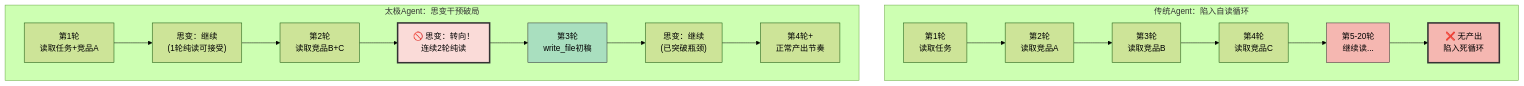
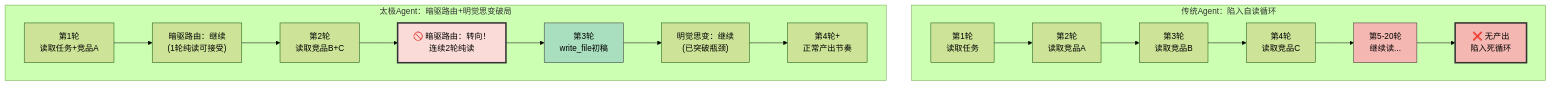
One commit to wenge6090-cell/Taiji changed the third of 3 diagrams in docs/实战篇-17-从卡住到破局.md. Above: the diagram before and after it, drawn with Mermaid (forest theme). The commit also changed other lines of this file and 163 other files, not shown here.

````diff
--- a/docs/实战篇-17-从卡住到破局.md
+++ b/docs/实战篇-17-从卡住到破局.md
@@ -233,24 +230,24 @@
 ```mermaid
 graph TB
     subgraph "传统Agent：陷入自读循环"
         T1["第1轮<br/>读取任务"] --> T2["第2轮<br/>读取竞品A"]
         T2 --> T3["第3轮<br/>读取竞品B"]
         T3 --> T4["第4轮<br/>读取竞品C"]
         T4 --> T5["第5-20轮<br/>继续读..."]
         T5 --> T6["❌ 无产出<br/>陷入死循环"]
     end
     
-    subgraph "太极Agent：思变干预破局"
-        S1["第1轮<br/>读取任务+竞品A"] --> S2["思变：继续<br/>(1轮纯读可接受)"]
+    subgraph "太极Agent：暗驱路由+明觉思变破局"
+        S1["第1轮<br/>读取任务+竞品A"] --> S2["暗驱路由：继续<br/>(1轮纯读可接受)"]
         S2 --> S3["第2轮<br/>读取竞品B+C"]
-        S3 --> S4["🚫 思变：转向！<br/>连续2轮纯读"]
+        S3 --> S4["🚫 暗驱路由：转向！<br/>连续2轮纯读"]
         S4 --> S5["第3轮<br/>write_file初稿"]
-        S5 --> S6["思变：继续<br/>(已突破瓶颈)"]
+        S5 --> S6["明觉思变：继续<br/>(已突破瓶颈)"]
         S6 --> S7["第4轮+<br/>正常产出节奏"]
     end
     
     style T5 fill:#f5b7b1,stroke:#333
     style T6 fill:#f5b7b1,stroke:#333,stroke-width:3
     style S4 fill:#fadbd8,stroke:#333,stroke-width:3
     style S5 fill:#a9dfbf,stroke:#333
 ```
````
